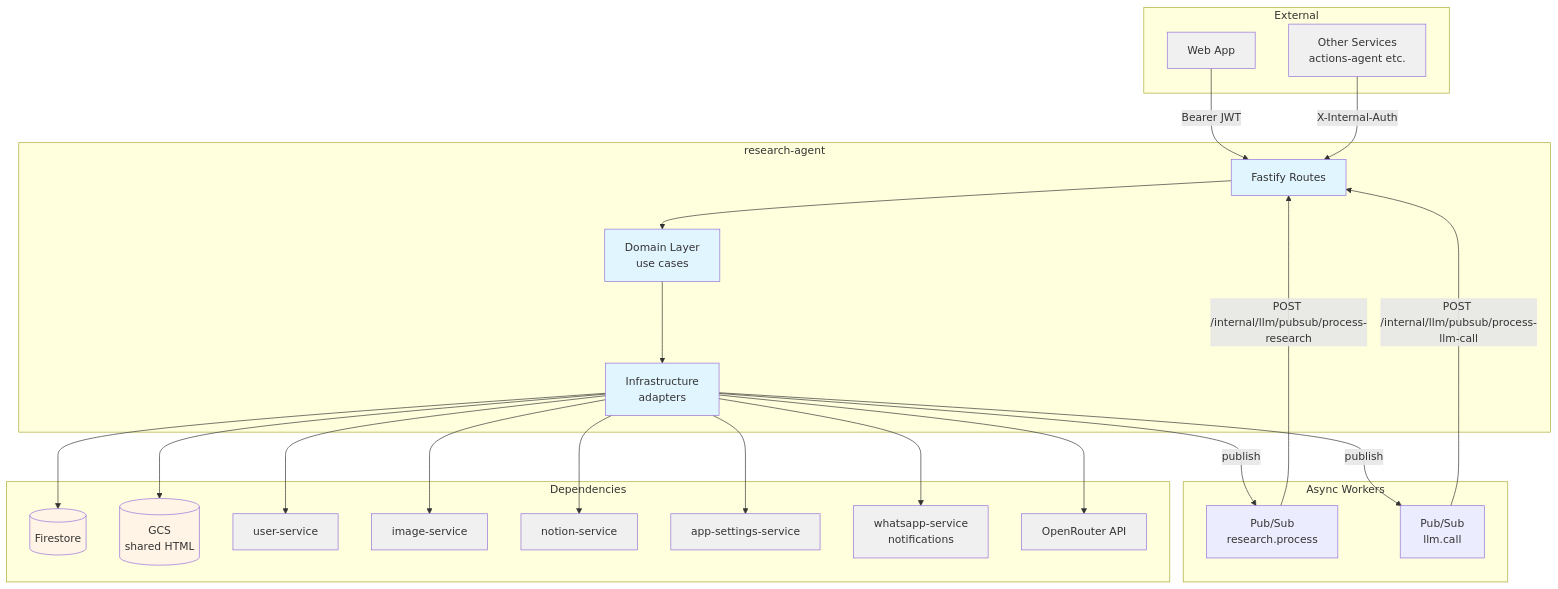
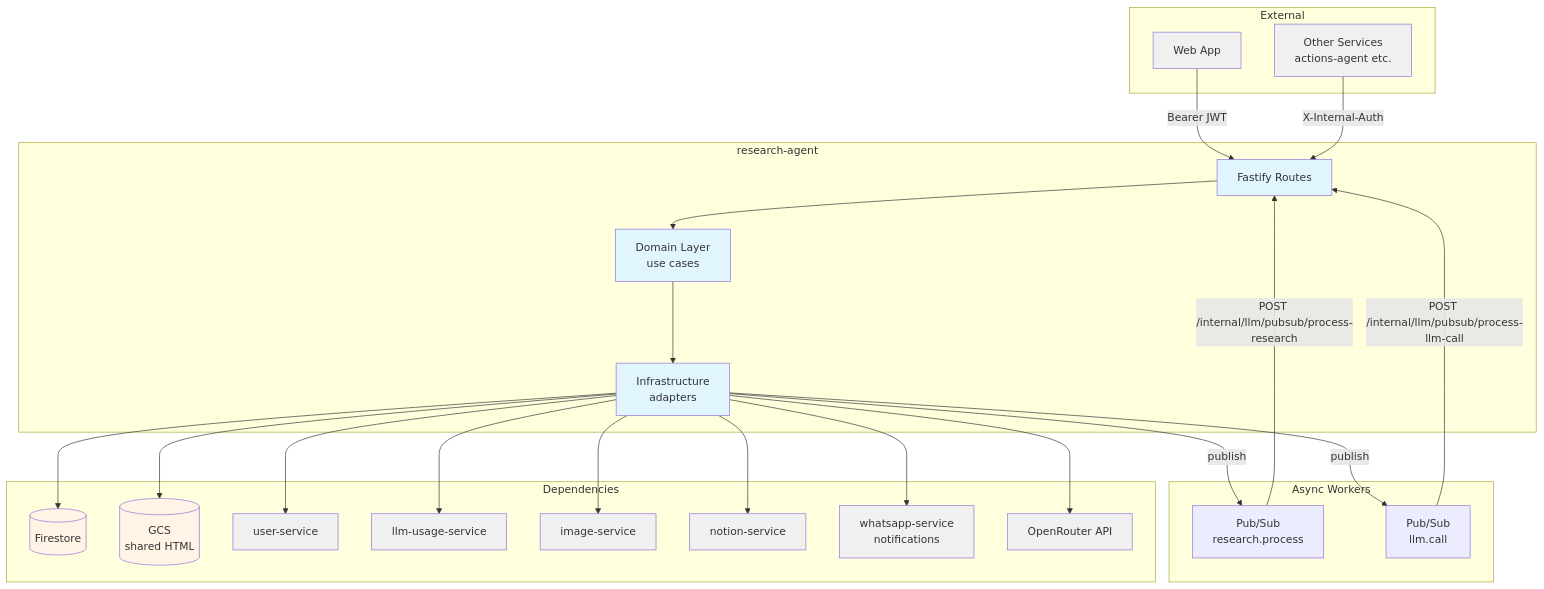
The first of 2 diagrams in docs/services/research-agent/technical.md (pbuchman/intexuraos), drawn with Mermaid before and after one commit. The commit also changed other lines of this file and 132 other files, not shown here.

````diff
--- a/docs/services/research-agent/technical.md
+++ b/docs/services/research-agent/technical.md
@@ -9,54 +9,54 @@
 ```mermaid
 graph TB
     subgraph "External"
         WebApp[Web App]
         OtherSvc[Other Services\nactions-agent etc.]
     end
 
     subgraph "research-agent"
         API[Fastify Routes]
         Domain[Domain Layer\nuse cases]
         Infra[Infrastructure\nadapters]
     end
 
     subgraph "Async Workers"
         PubSubProcess[Pub/Sub\nresearch.process]
         PubSubLlm[Pub/Sub\nllm.call]
     end
 
     subgraph "Dependencies"
         Firestore[(Firestore)]
         GCS[(GCS\nshared HTML)]
         UserSvc[user-service]
+        LlmUsageSvc[llm-usage-service]
         ImageSvc[image-service]
         NotionSvc[notion-service]
-        AppSettings[app-settings-service]
         WASvc[whatsapp-service\nnotifications]
         OpenRouter[OpenRouter API]
     end
 
     WebApp -->|Bearer JWT| API
     OtherSvc -->|X-Internal-Auth| API
     API --> Domain
     Domain --> Infra
     Infra --> Firestore
     Infra -->|publish| PubSubProcess
     Infra -->|publish| PubSubLlm
     PubSubProcess -->|POST /internal/llm/pubsub/process-research| API
     PubSubLlm -->|POST /internal/llm/pubsub/process-llm-call| API
     Infra --> GCS
     Infra --> UserSvc
+    Infra --> LlmUsageSvc
     Infra --> ImageSvc
     Infra --> NotionSvc
-    Infra --> AppSettings
     Infra --> WASvc
     Infra --> OpenRouter
 
     classDef service fill:#e1f5ff
     classDef storage fill:#fff4e6
     classDef external fill:#f0f0f0
 
     class API,Domain,Infra service
     class Firestore,GCS storage
-    class WebApp,OtherSvc,UserSvc,ImageSvc,NotionSvc,AppSettings,WASvc,OpenRouter external
+    class WebApp,OtherSvc,UserSvc,LlmUsageSvc,ImageSvc,NotionSvc,WASvc,OpenRouter external
 ```
````
